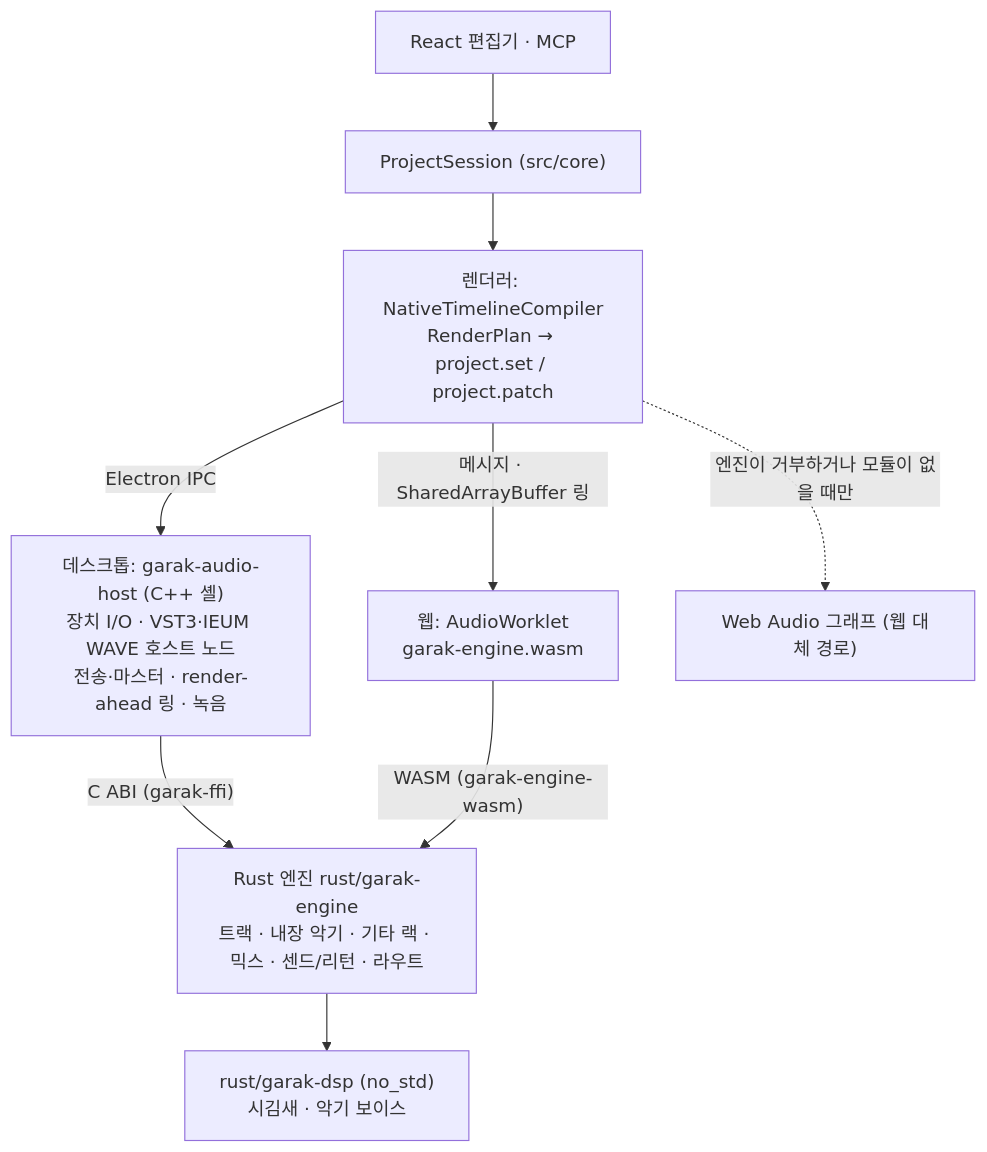
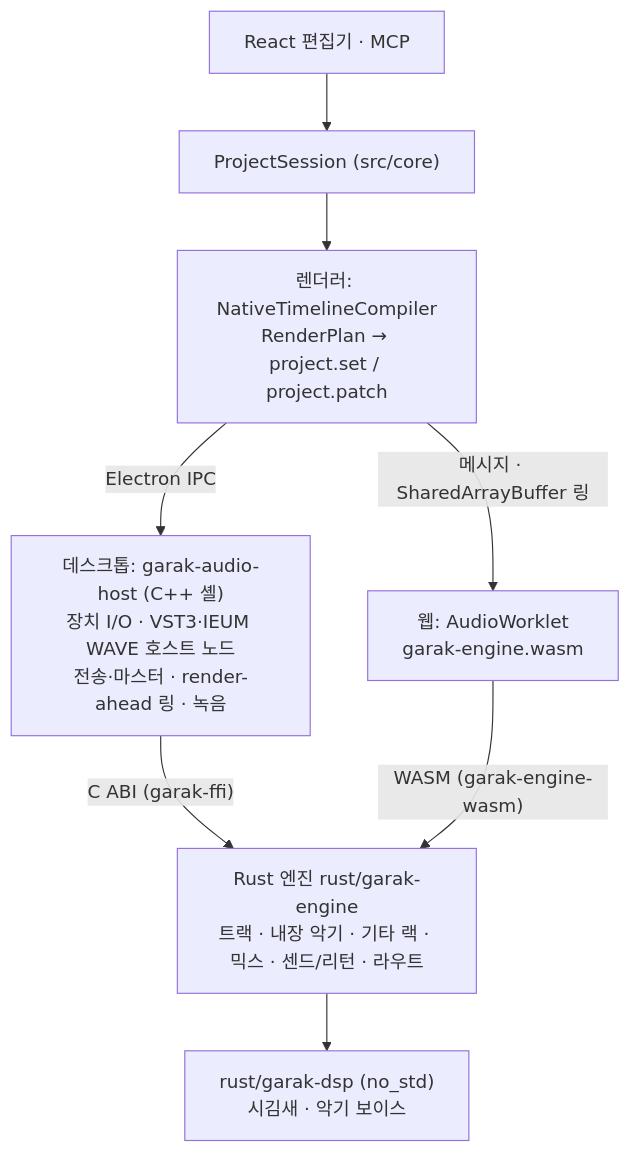
Before and after one commit to songchez/garak-ieum: the diagram in README.md, drawn with Mermaid. The commit also changed other lines of this file and 33 other files, not shown here.

````diff
--- a/README.md
+++ b/README.md
@@ -66,11 +66,10 @@
 ```mermaid
 flowchart TD
   UI["React 편집기 · MCP"] --> S["ProjectSession (src/core)"]
   S --> C["렌더러: NativeTimelineCompiler<br/>RenderPlan → project.set / project.patch"]
   C -->|"Electron IPC"| H["데스크톱: garak-audio-host (C++ 셸)<br/>장치 I/O · VST3·IEUM WAVE 호스트 노드<br/>전송·마스터 · render-ahead 링 · 녹음"]
   C -->|"메시지 · SharedArrayBuffer 링"| W["웹: AudioWorklet<br/>garak-engine.wasm"]
   H -->|"C ABI (garak-ffi)"| E["Rust 엔진 rust/garak-engine<br/>트랙 · 내장 악기 · 기타 랙 · 믹스 · 센드/리턴 · 라우트"]
   W -->|"WASM (garak-engine-wasm)"| E
   E --> D["rust/garak-dsp (no_std)<br/>시김새 · 악기 보이스"]
-  C -.->|"엔진이 거부하거나 모듈이 없을 때만"| F["Web Audio 그래프 (웹 대체 경로)"]
 ```
````
